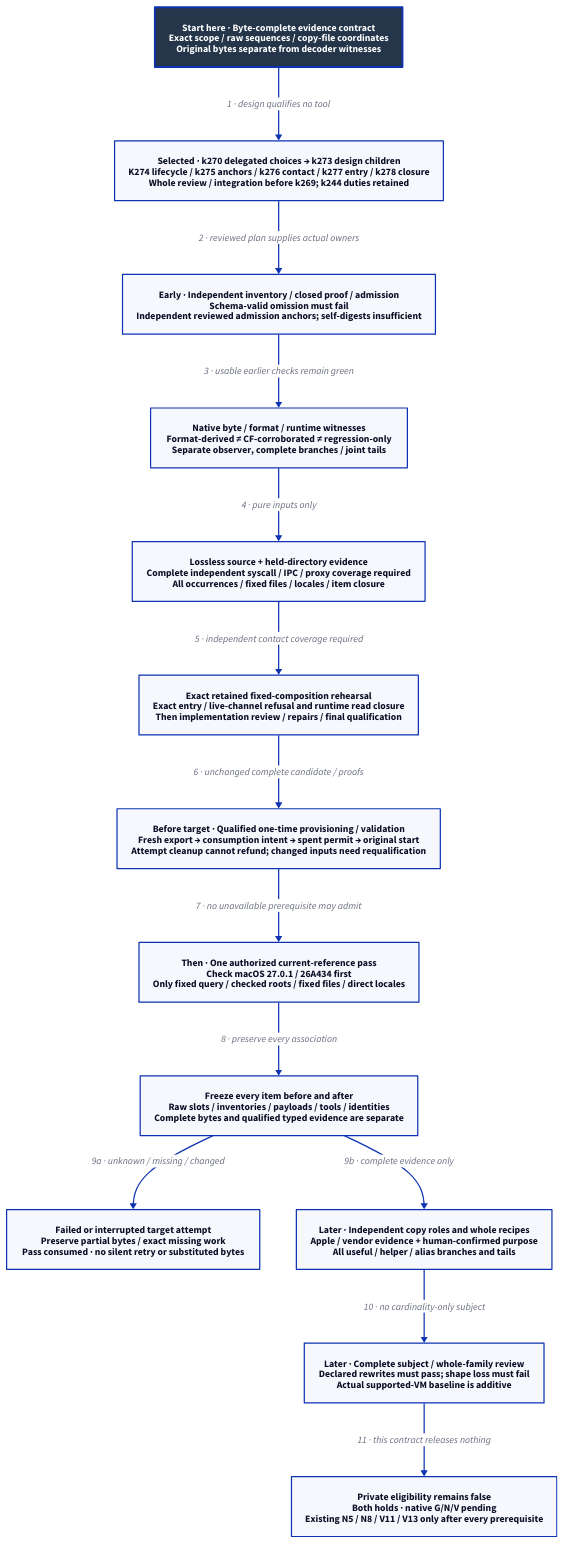
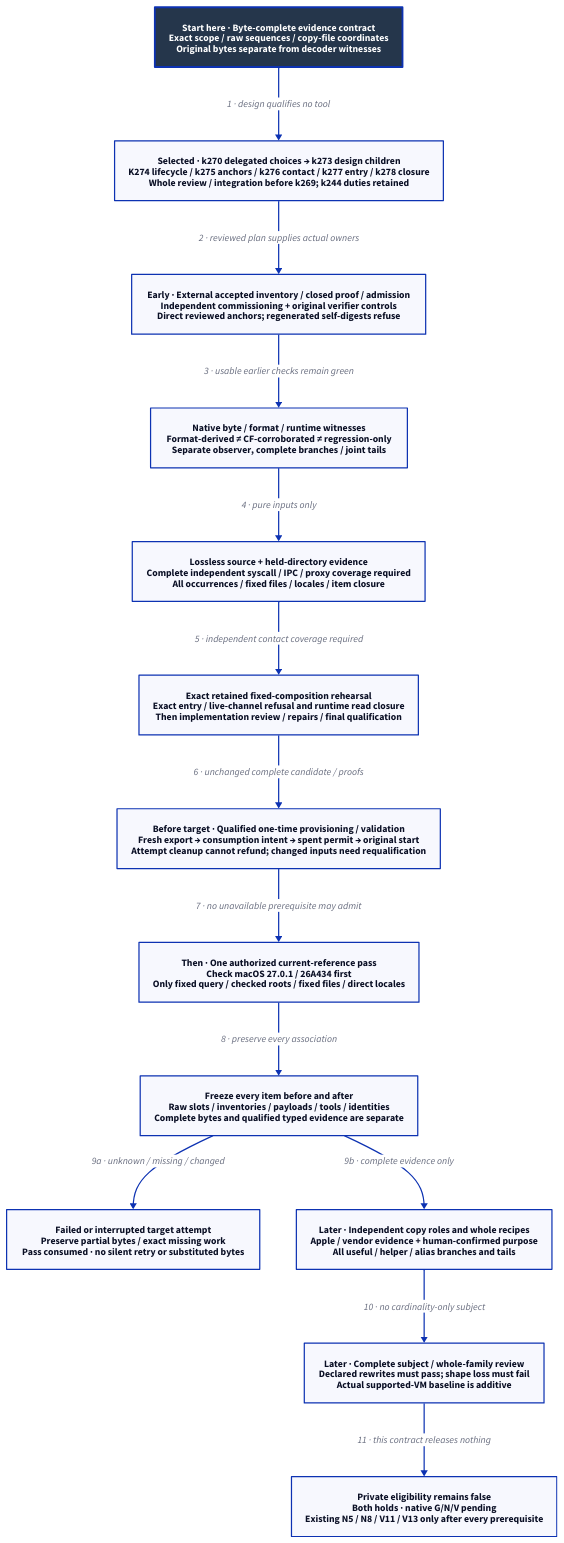
Before and after one commit to Linkuistics/Koine: the diagram in docs/design/architecture/native-reference-evidence.d2, drawn with D2. The commit also changed 17 other files, not shown here.

Commit message:
Design independent reference-evidence approval anchors (reference-evidence-independent-anchors-k275)

```diff
--- a/docs/design/architecture/native-reference-evidence.d2
+++ b/docs/design/architecture/native-reference-evidence.d2
@@ -1,30 +1,30 @@
 # Admission repair design; mandatory review and replanning precede unbuilt qualification.
 direction: down
 classes: {
   start: {style: {fill: "#25364B"; font-color: "#FFFFFF"; bold: true; stroke-width: 3}}
 }
 Start: "Start here · Byte-complete evidence contract\nExact scope / raw sequences / copy-file coordinates\nOriginal bytes separate from decoder witnesses" {class: start}
 Plan: "Selected · k270 delegated choices → k273 design children\nK274 lifecycle / k275 anchors / k276 contact / k277 entry / k278 closure\nWhole review / integration before k269; k244 duties retained"
-Replay: "Early · Independent inventory / closed proof / admission\nSchema-valid omission must fail\nIndependent reviewed admission anchors; self-digests insufficient"
+Replay: "Early · External accepted inventory / closed proof / admission\nIndependent commissioning + original verifier controls\nDirect reviewed anchors; regenerated self-digests refuse"
 Decode: "Native byte / format / runtime witnesses\nFormat-derived ≠ CF-corroborated ≠ regression-only\nSeparate observer, complete branches / joint tails"
 Source: "Lossless source + held-directory evidence\nComplete independent syscall / IPC / proxy coverage required\nAll occurrences / fixed files / locales / item closure"
 Pure: "Exact retained fixed-composition rehearsal\nExact entry / live-channel refusal and runtime read closure\nThen implementation review / repairs / final qualification"
 Authority: "Before target · Qualified one-time provisioning / validation\nFresh export → consumption intent → spent permit → original start\nAttempt cleanup cannot refund; changed inputs need requalification"
 Pass: "Then · One authorized current-reference pass\nCheck macOS 27.0.1 / 26A434 first\nOnly fixed query / checked roots / fixed files / direct locales"
 Closure: "Freeze every item before and after\nRaw slots / inventories / payloads / tools / identities\nComplete bytes and qualified typed evidence are separate"
 Failed: "Failed or interrupted target attempt\nPreserve partial bytes / exact missing work\nPass consumed · no silent retry or substituted bytes"
 Roles: "Later · Independent copy roles and whole recipes\nApple / vendor evidence + human-confirmed purpose\nAll useful / helper / alias branches and tails"
 Review: "Later · Complete subject / whole-family review\nDeclared rewrites must pass; shape loss must fail\nActual supported-VM baseline is additive"
 Hold: "Private eligibility remains false\nBoth holds · native G/N/V pending\nExisting N5 / N8 / V11 / V13 only after every prerequisite"
 Start -> Plan: "1 · design qualifies no tool"
 Plan -> Replay: "2 · reviewed plan supplies actual owners"
 Replay -> Decode: "3 · usable earlier checks remain green"
 Decode -> Source: "4 · pure inputs only"
 Source -> Pure: "5 · independent contact coverage required"
 Pure -> Authority: "6 · unchanged complete candidate / proofs"
 Authority -> Pass: "7 · no unavailable prerequisite may admit"
 Pass -> Closure: "8 · preserve every association"
 Closure -> Failed: "9a · unknown / missing / changed"
 Closure -> Roles: "9b · complete evidence only"
 Roles -> Review: "10 · no cardinality-only subject"
 Review -> Hold: "11 · this contract releases nothing"
```
